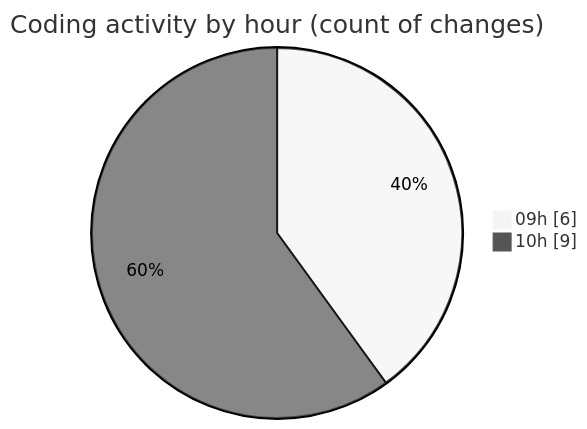
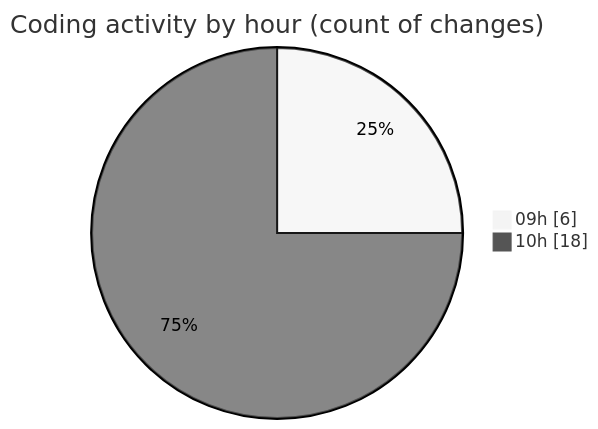
The second of 2 diagrams in 2025-01-20/activity-tracker/README.md (momahboobian/code-tracking), drawn with Mermaid (neutral theme) before and after one commit. The commit also changed other lines of this file and 1 other file, not shown here.

````diff
--- a/2025-01-20/activity-tracker/README.md
+++ b/2025-01-20/activity-tracker/README.md
@@ -29,6 +31,6 @@
 ```mermaid
 pie showData
 title Coding activity by hour (count of changes)
 "09h" : 6
-"10h" : 9
+"10h" : 18
 ```
````
